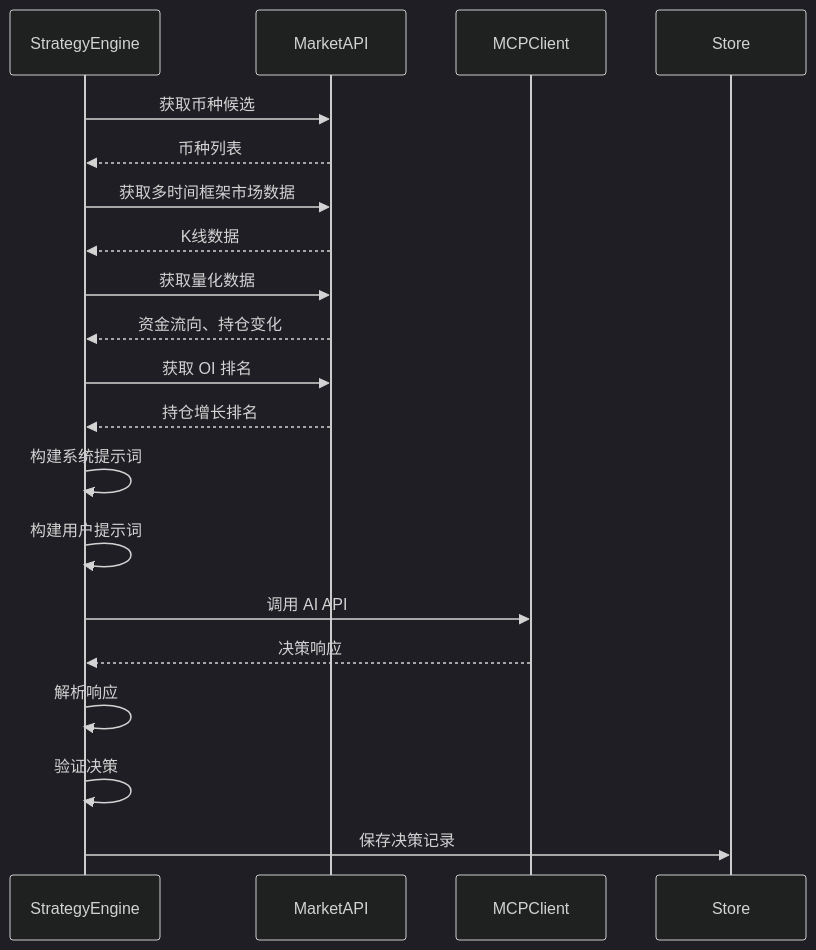
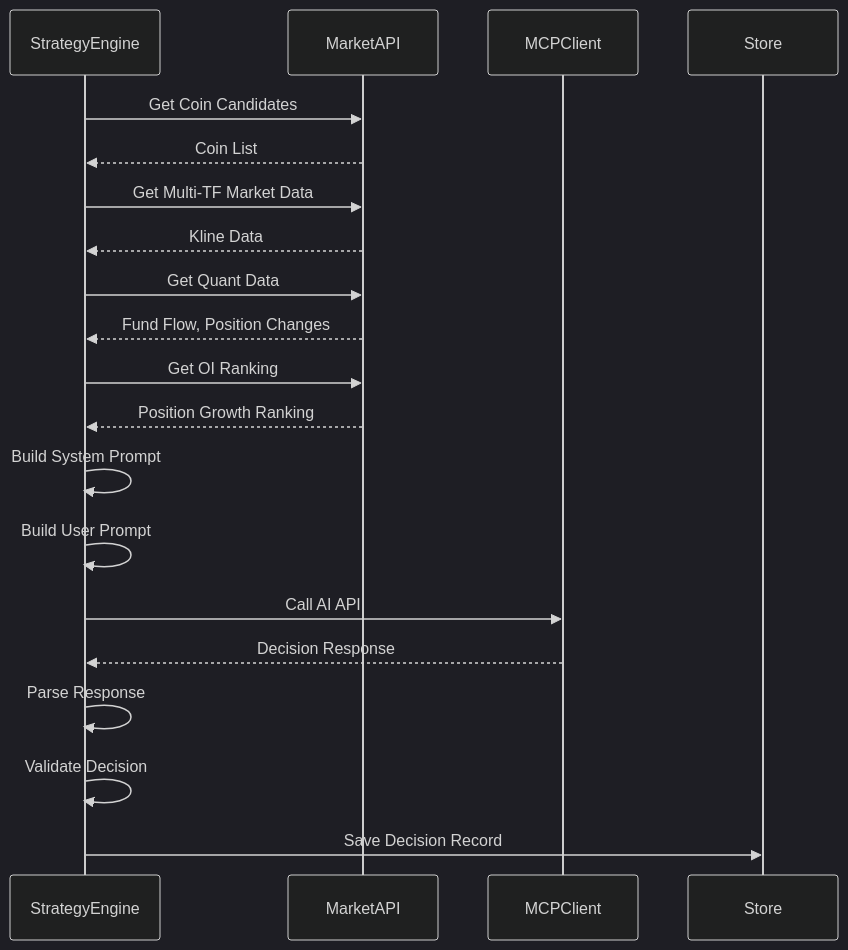
The fourth of 11 diagrams in docs/improve/kilo-code/NOFX-技术分析报告.md (zcxGGmu/DeepAlpha), drawn with Mermaid (dark theme) before and after one commit. The commit also changed other lines of this file, not shown here.

Commit message:
fix: 修复 Mermaid 图表中文标签兼容性问题

````diff
--- a/docs/improve/kilo-code/NOFX-技术分析报告.md
+++ b/docs/improve/kilo-code/NOFX-技术分析报告.md
@@ -380,29 +388,29 @@
 ```mermaid
 sequenceDiagram
     participant SE as StrategyEngine
     participant M as MarketAPI
     participant AI as MCPClient
     participant DB as Store
     
-    SE->>M: 获取币种候选
-    M-->>SE: 币种列表
+    SE->>M: Get Coin Candidates
+    M-->>SE: Coin List
     
-    SE->>M: 获取多时间框架市场数据
-    M-->>SE: K线数据
+    SE->>M: Get Multi-TF Market Data
+    M-->>SE: Kline Data
     
-    SE->>M: 获取量化数据
-    M-->>SE: 资金流向、持仓变化
+    SE->>M: Get Quant Data
+    M-->>SE: Fund Flow, Position Changes
     
-    SE->>M: 获取 OI 排名
-    M-->>SE: 持仓增长排名
+    SE->>M: Get OI Ranking
+    M-->>SE: Position Growth Ranking
     
-    SE->>SE: 构建系统提示词
-    SE->>SE: 构建用户提示词
+    SE->>SE: Build System Prompt
+    SE->>SE: Build User Prompt
     
-    SE->>AI: 调用 AI API
-    AI-->>SE: 决策响应
+    SE->>AI: Call AI API
+    AI-->>SE: Decision Response
     
-    SE->>SE: 解析响应
-    SE->>SE: 验证决策
-    SE->>DB: 保存决策记录
+    SE->>SE: Parse Response
+    SE->>SE: Validate Decision
+    SE->>DB: Save Decision Record
 ```
````
